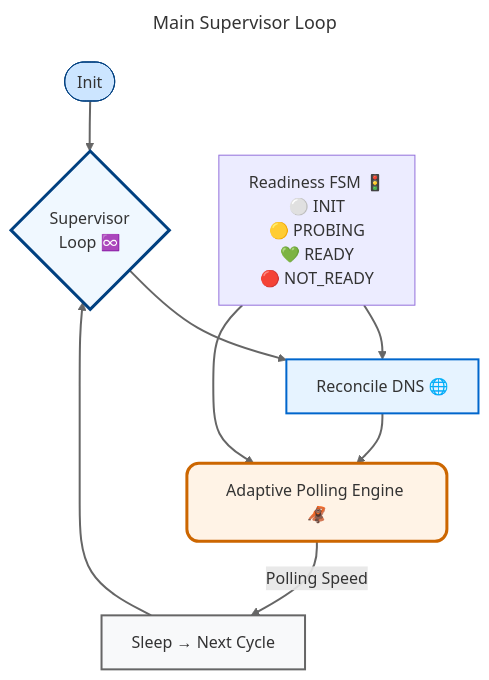
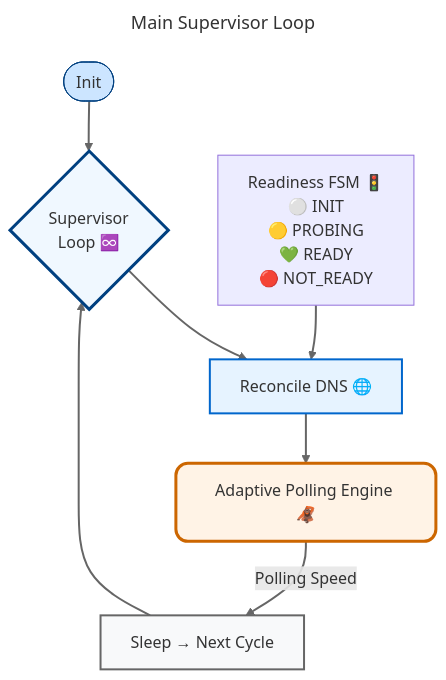
Before and after one commit to bkaewell/cloudflare-verified-ddns: the first of 3 diagrams in docs/CONTROL_LOOP.md, drawn with Mermaid.

Commit message:
Minor updates

````diff
--- a/docs/CONTROL_LOOP.md
+++ b/docs/CONTROL_LOOP.md
@@ -21,31 +21,31 @@
 ```mermaid
 ---
 title: Main Supervisor Loop
 config:
    look: classic
    theme: 'default'
 ---
 graph TD
     Start([Init]) --> Loop{Supervisor<br>Loop ♾️}
 
     Loop --> Update[Reconcile DNS 🌐]
 
     Readiness["Readiness FSM 🚦<br/>⚪ INIT<br/>🟡 PROBING<br/>💚 READY<br/>🔴 NOT_READY"] --> Update
 
     Update --> Poll[Adaptive Polling Engine 🦧]
 
     Poll -->  |"Polling Speed"| Sleep[Sleep → Next Cycle]
 
     Sleep -->  Loop
 
-    Readiness --> Poll
+    %% Readiness --> Poll
 
     %% Visual highlights
     style Poll fill:#fff3e6,stroke:#cc6600,stroke-width:3px,rx:12,ry:12
     style Loop fill:#f0f8ff,stroke:#004080,stroke-width:3px,rx:12,ry:12
     style Update fill:#e6f3ff,stroke:#0066cc,stroke-width:2px
     style Start fill:#cce5ff,stroke:#004080,rx:12,ry:12
     style Sleep fill:#f8f9fa,stroke:#666,stroke-width:2px
 
     linkStyle default stroke:#666,stroke-width:2px
 ```
````
